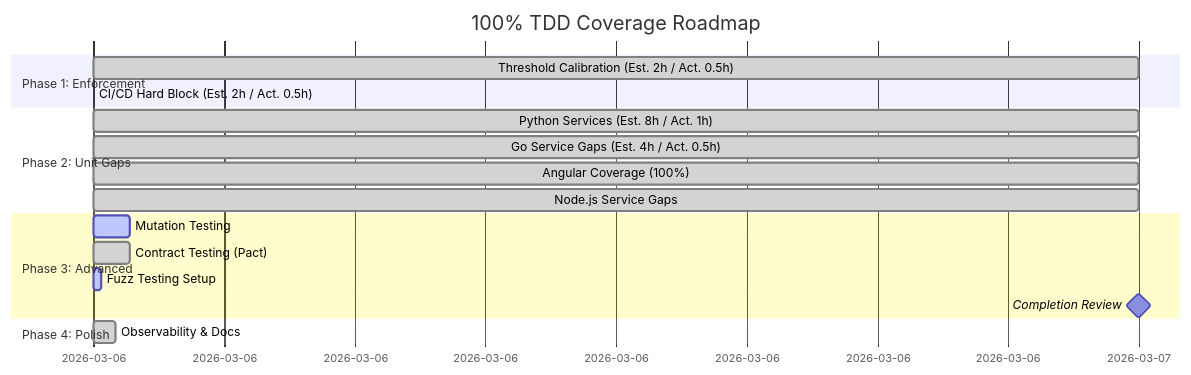
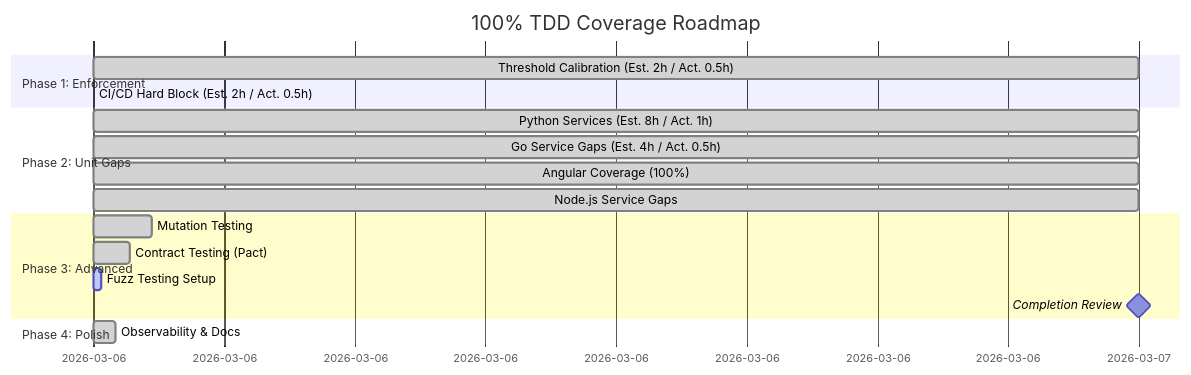
Before and after one commit to sergioitremotejobs2025-sketch/GreenHouse_Arduino: the diagram in Timeline.md, drawn with Mermaid. The commit also changed other lines of this file and 3 other files, not shown here.

Commit message:
Phase 3: Completed Go Mutation Testing using gremlins (100% mutants killed/timed out); Removed old go-mutesting

````diff
--- a/Timeline.md
+++ b/Timeline.md
@@ -51,23 +51,23 @@
 ```mermaid
 gantt
     title 100% TDD Coverage Roadmap
     dateFormat  YYYY-MM-DD
     section Phase 1: Enforcement
     Threshold Calibration (Est. 2h / Act. 0.5h)      :done, a1, 2026-03-06, 1d
     CI/CD Hard Block (Est. 2h / Act. 0.5h) :done, a2, 2026-03-06, 0d
     
     section Phase 2: Unit Gaps
     Python Services (Est. 8h / Act. 1h) :done, p1, 2026-03-06, 1d
     Go Service Gaps (Est. 4h / Act. 0.5h) :done, g1, 2026-03-06, 1d
     Angular Coverage (100%)    :done, a2, 2026-03-06, 1d
     Node.js Service Gaps       :done, a3, 2026-03-06, 1d
     
     section Phase 3: Advanced
-    Mutation Testing         :active, mut, 2026-03-06, 50m
+    Mutation Testing         :done, mut, 2026-03-06, 80m
     Contract Testing (Pact)  :done, pact, 2026-03-06, 50m
     Fuzz Testing Setup       :active, fuzz, 2026-03-06, 10m
     Completion Review        :milestone, 2026-03-07, 0d
     
     section Phase 4: Polish
     Observability & Docs       :done, a8, 2026-03-06, 30m
 ```
````
